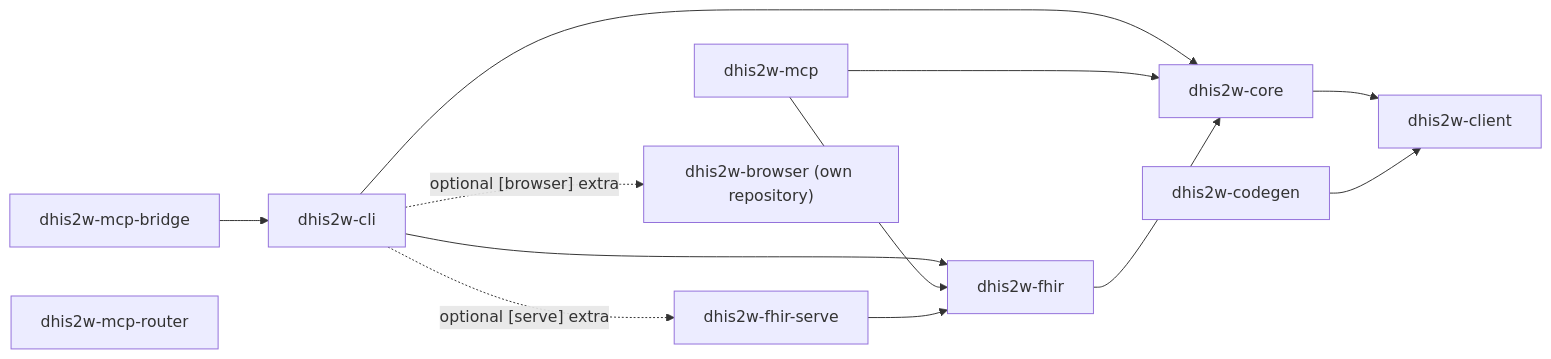
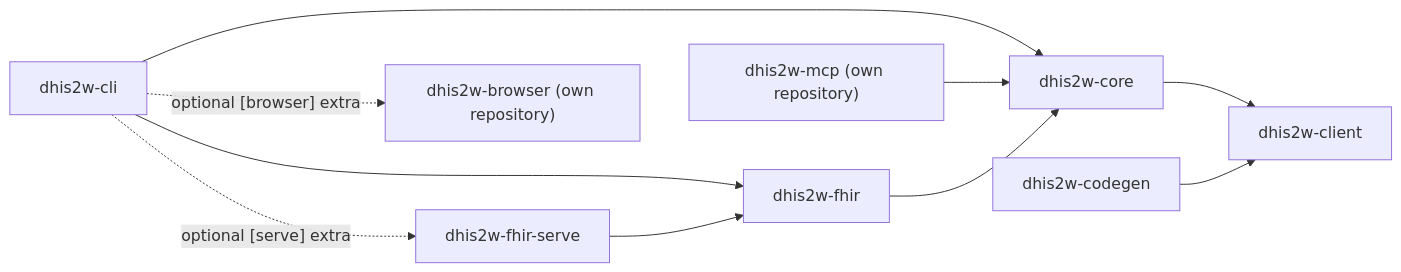
The diagram in docs/architecture/overview.md (winterop-com/dhis2w), drawn with Mermaid before and after one commit. The commit also changed other lines of this file and 251 other files, not shown here.

First line of the commit message:
refactor: MCP is the dhis2w-mcp pack

````diff
--- a/docs/architecture/overview.md
+++ b/docs/architecture/overview.md
@@ -54,24 +52,20 @@
 ```mermaid
 graph LR
-    bridge["dhis2w-mcp-bridge"]
     cli["dhis2w-cli"]
-    mcp["dhis2w-mcp"]
-    router["dhis2w-mcp-router"]
+    mcp["dhis2w-mcp (own repository)"]
     core["dhis2w-core"]
     codegen["dhis2w-codegen"]
     client["dhis2w-client"]
     fhir["dhis2w-fhir"]
     fhirserve["dhis2w-fhir-serve"]
 
     cli --> core
     mcp --> core
     cli --> fhir
-    mcp --> fhir
     fhir --> core
     fhirserve --> fhir
-    bridge --> cli
     core --> client
     codegen --> client
     cli -.->|"optional [browser] extra"| browser["dhis2w-browser (own repository)"]
     cli -.->|"optional [serve] extra"| fhirserve
 ```
````
